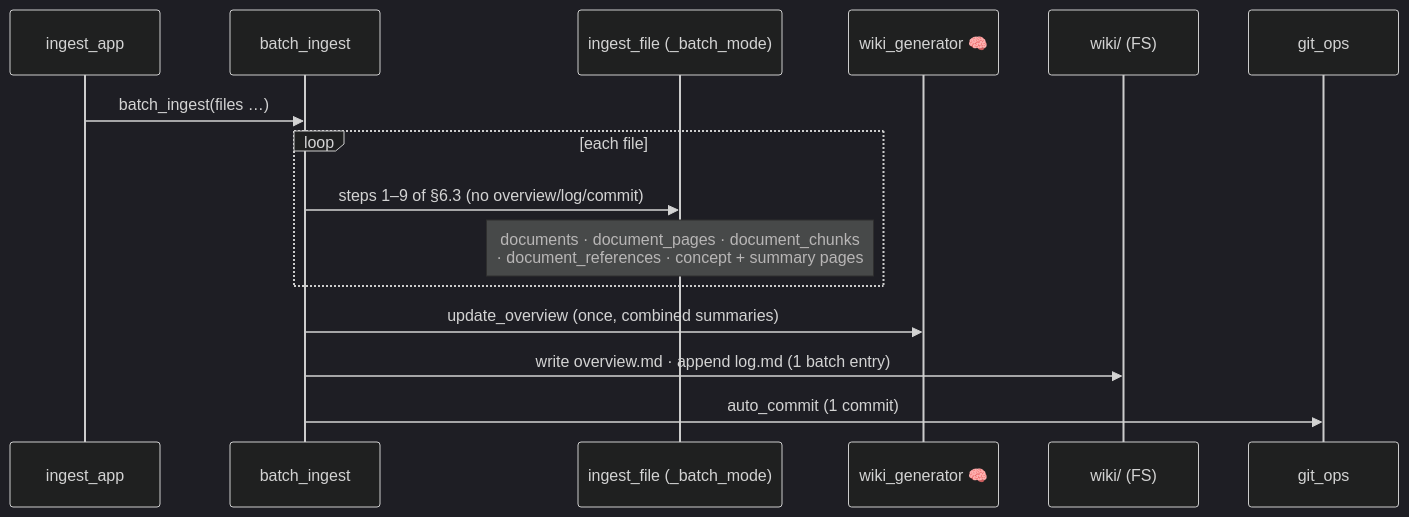
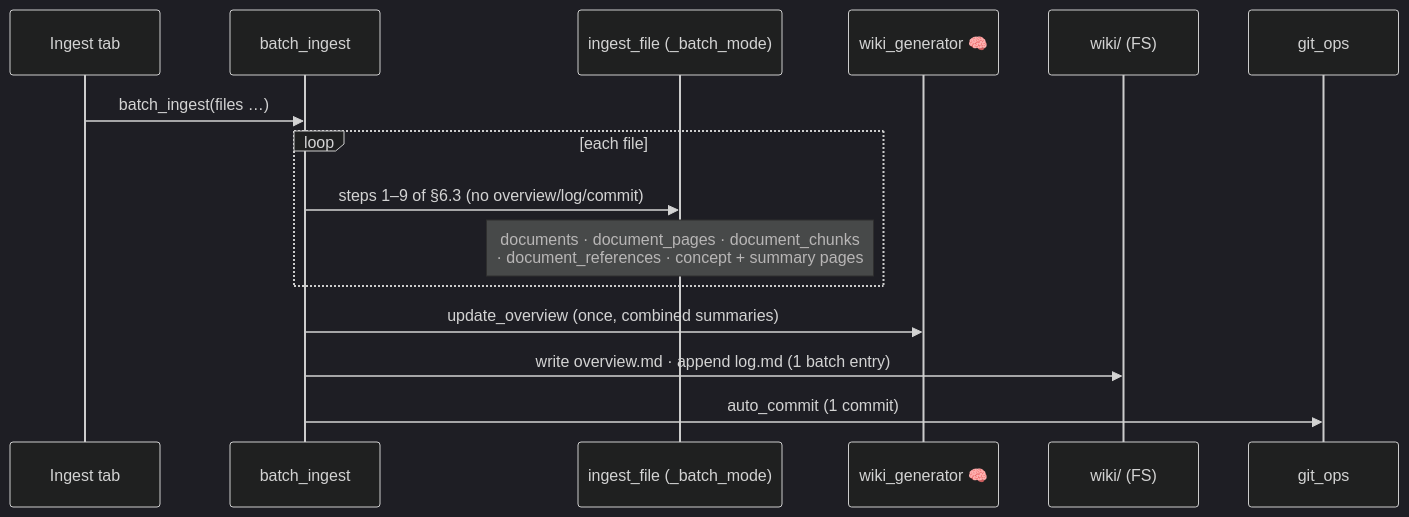
The diagram in docs/manual/workflows/6.4-batch-ingestion.md (Clod/llmwiki-marimo), drawn with Mermaid (dark theme) before and after one commit. The commit also changed other lines of this file and 181 other files, not shown here.

````diff
--- a/docs/manual/workflows/6.4-batch-ingestion.md
+++ b/docs/manual/workflows/6.4-batch-ingestion.md
@@ -7,17 +7,17 @@
 ```mermaid
 sequenceDiagram
-    participant UI as ingest_app
+    participant UI as Ingest tab
     participant B as batch_ingest
     participant P as ingest_file (_batch_mode)
     participant GEN as wiki_generator 🧠
     participant FS as wiki/ (FS)
     participant GIT as git_ops
     UI->>B: batch_ingest(files …)
     loop each file
         B->>P: steps 1–9 of §6.3 (no overview/log/commit)
         Note over P: documents · document_pages · document_chunks<br/>· document_references · concept + summary pages
     end
     B->>GEN: update_overview (once, combined summaries)
     B->>FS: write overview.md · append log.md (1 batch entry)
     B->>GIT: auto_commit (1 commit)
 ```
````
